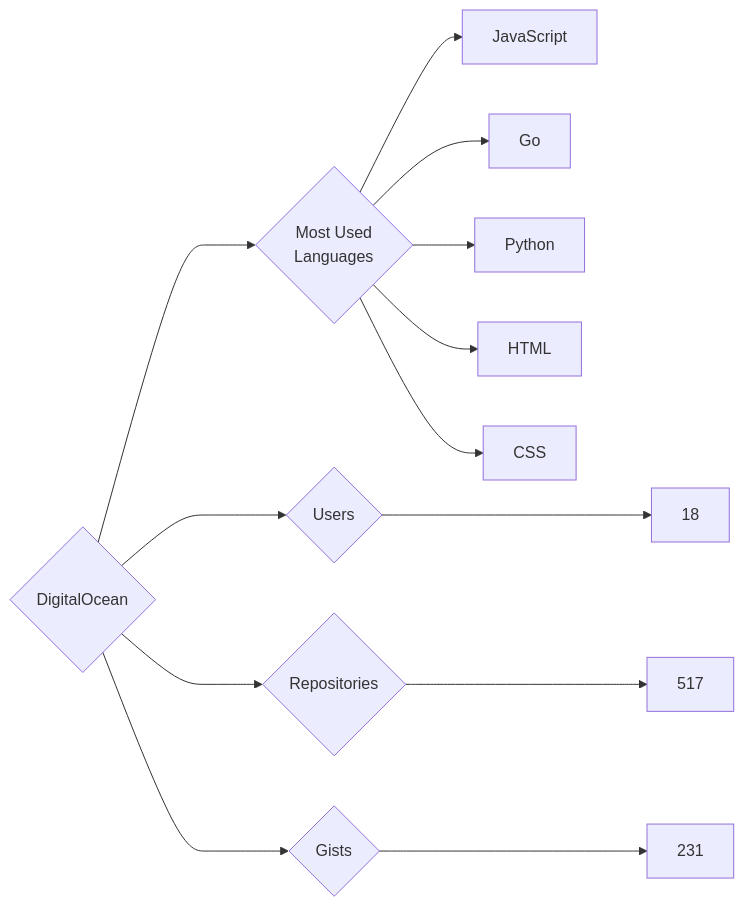
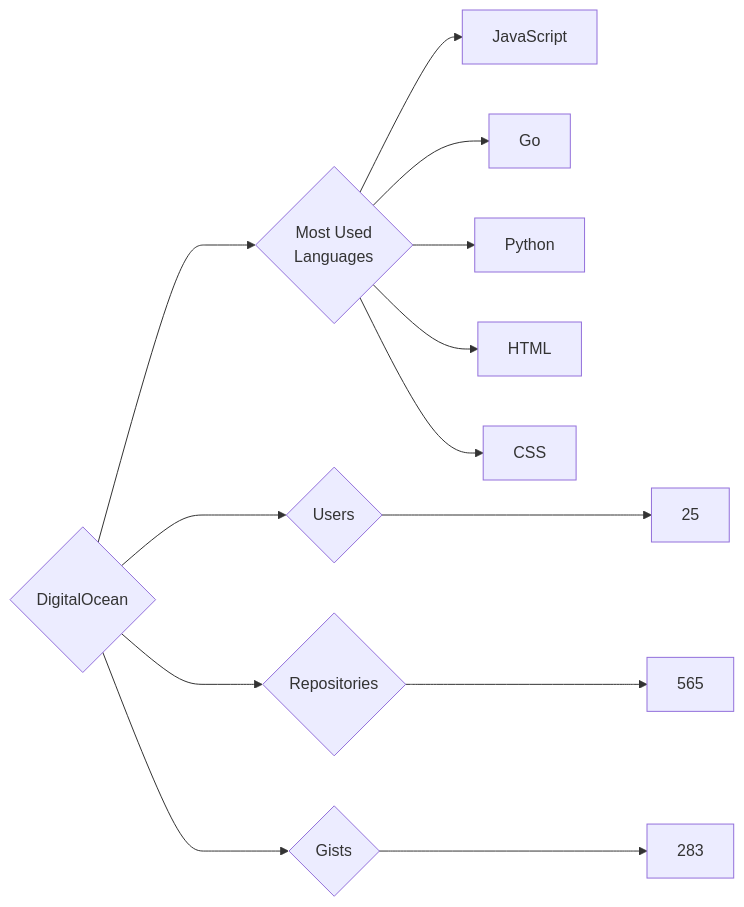
Before and after one commit to trickest/insiders: the diagram in targets/DigitalOcean/README.md, drawn with Mermaid. The commit also changed 873 other files, not shown here.

````diff
--- a/targets/DigitalOcean/README.md
+++ b/targets/DigitalOcean/README.md
@@ -3,13 +3,13 @@
 ```mermaid
 graph LR
 COMPANY_NAME{DigitalOcean}
-COMPANY_NAME ---> U{Users} ---> UN[18]
-COMPANY_NAME ---> R{Repositories} ---> RN[517]
-COMPANY_NAME ---> G{Gists} ---> GN[231]
+COMPANY_NAME ---> U{Users} ---> UN[25]
+COMPANY_NAME ---> R{Repositories} ---> RN[565]
+COMPANY_NAME ---> G{Gists} ---> GN[283]
 COMPANY_NAME ---> ML{Most Used<br>Languages}
 ML --> JavaScript[JavaScript]
 ML --> Go[Go]
 ML --> Python[Python]
 ML --> HTML[HTML]
 ML --> CSS[CSS]
 ```
````
